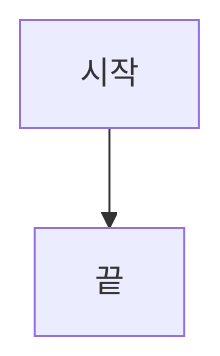
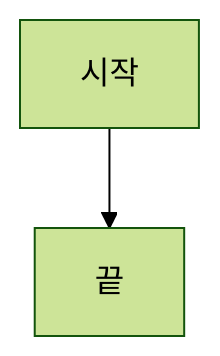
Before and after one commit to Wonsoox/Tutorial_GithubTutorial: the first of 4 diagrams in Tetris_Mermaid.md, drawn with Mermaid.

````diff
--- a/Tetris_Mermaid.md
+++ b/Tetris_Mermaid.md
@@ -4,6 +4,7 @@
 ```mermaid
+%%{init: {'theme':'forest'}}%%
 graph TD
     A[시작] --> B[끝]
 
 
 ```
````
